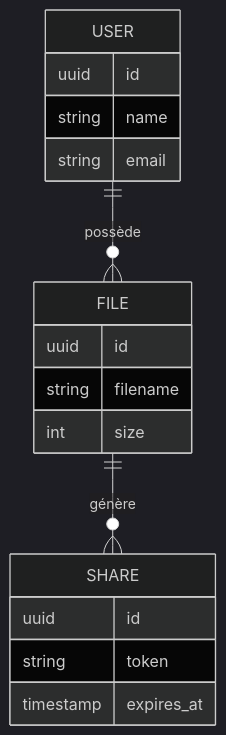
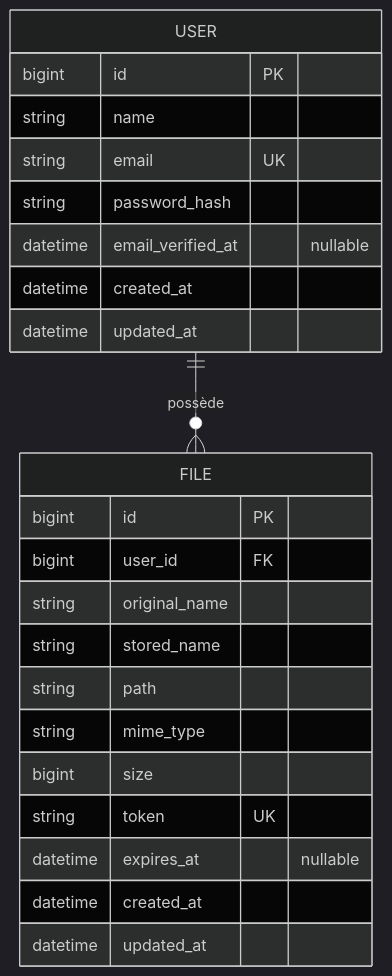
Before and after one commit to mathisGaut/datashare: the diagram in Docs/DATA_MODEL.md, drawn with Mermaid (dark theme). The commit also changed other lines of this file and 11 other files, not shown here.

````diff
--- a/Docs/DATA_MODEL.md
+++ b/Docs/DATA_MODEL.md
@@ -64,21 +7,26 @@
 ```mermaid
 erDiagram
     USER ||--o{ FILE : "possède"
-    FILE ||--o{ SHARE : "génère"
-
     USER {
-        uuid id
+        bigint id PK
         string name
-        string email
+        string email UK
+        string password_hash
+        datetime email_verified_at "nullable"
+        datetime created_at
+        datetime updated_at
     }
     FILE {
-        uuid id
-        string filename
-        int size
-    }
-    SHARE {
-        uuid id
-        string token
-        timestamp expires_at
+        bigint id PK
+        bigint user_id FK
+        string original_name
+        string stored_name
+        string path
+        string mime_type
+        bigint size
+        string token UK
+        datetime expires_at "nullable"
+        datetime created_at
+        datetime updated_at
     }
 ```
````
